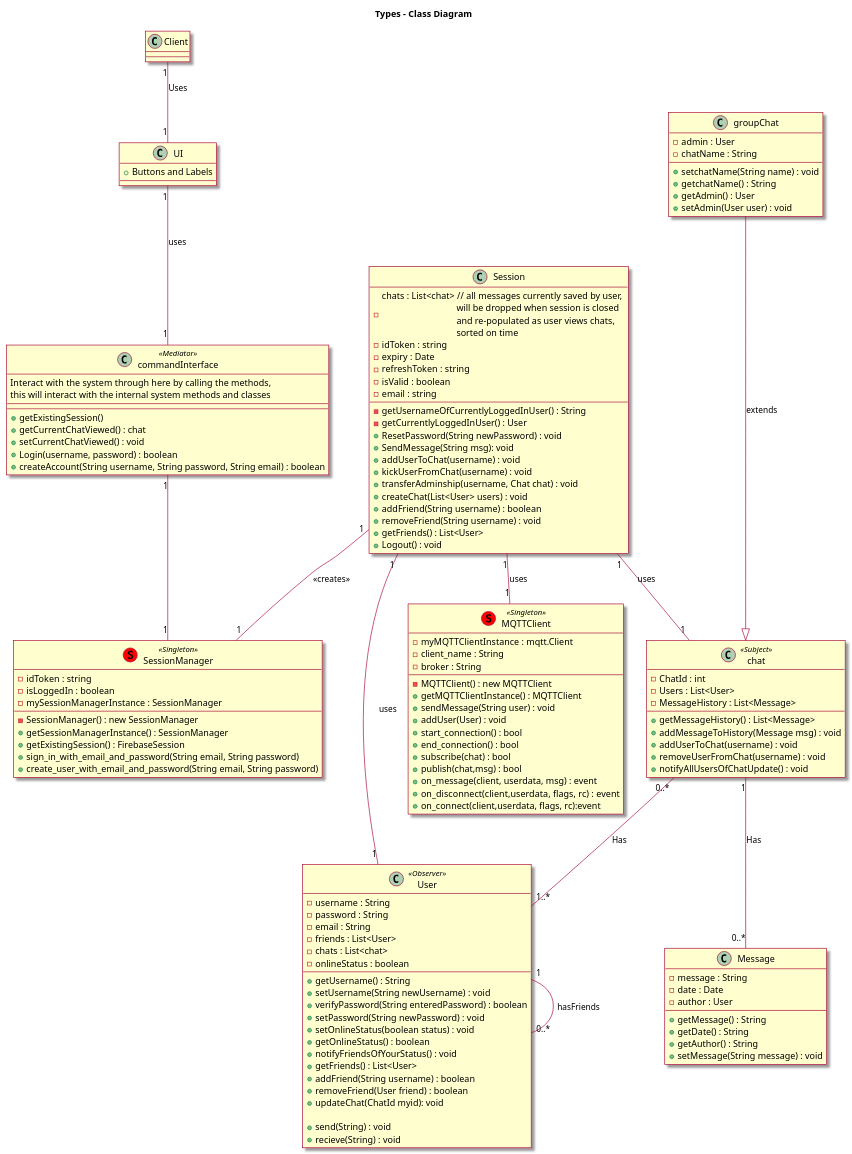
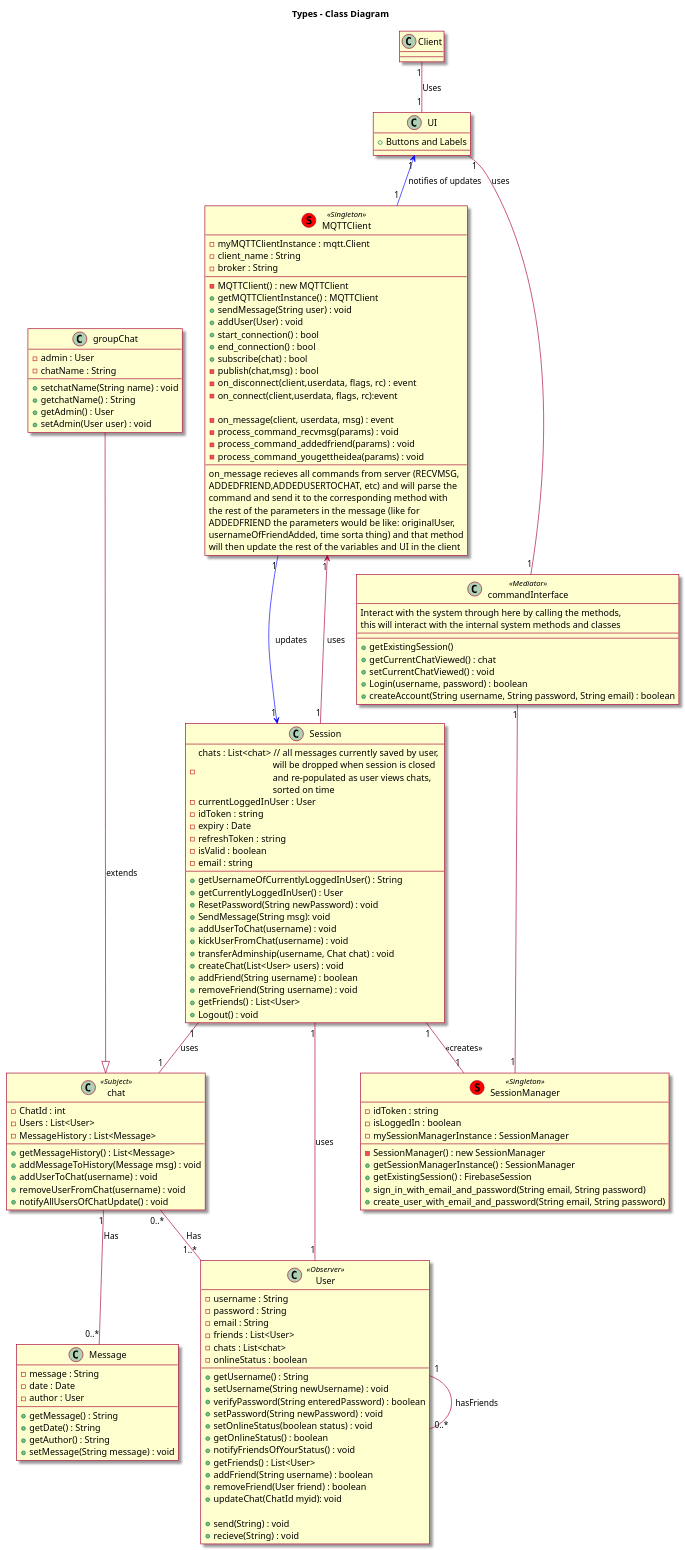
One commit to UBCO-COSC-310-Winter-2022-T2/the-project-marbl changed the diagram in diagrams/class_diagram.wsd. Above: the diagram before and after it, drawn with PlantUML.

Commit message:
added way of updating the rest of the client and UI of a change in the DB

```diff
--- a/diagrams/class_diagram.wsd
+++ b/diagrams/class_diagram.wsd
@@ -1,148 +1,165 @@
 @startuml
 
 skin rose
 
 title Types - Class Diagram
 
 
 skinparam componentStyle uml2
 class Client{}
 Client "1"--"1" UI: Uses
 
 class Message{
     - message : String
     - date : Date
     - author : User
     +getMessage() : String
     +getDate() : String
     +getAuthor() : String
     +setMessage(String message) : void
 }
 
 class User <<Observer>> {
     -username : String
     -password : String
     -email : String
     -friends : List<User>
     -chats : List<chat>
     -onlineStatus : boolean
 
     +getUsername() : String
     +setUsername(String newUsername) : void
     +verifyPassword(String enteredPassword) : boolean
     +setPassword(String newPassword) : void
     +setOnlineStatus(boolean status) : void
     +getOnlineStatus() : boolean
     +notifyFriendsOfYourStatus() : void
     +getFriends() : List<User>
     +addFriend(String username) : boolean
     +removeFriend(User friend) : boolean
     +updateChat(ChatId myid): void
 
     +send(String) : void
     +recieve(String) : void
 }
 
 User "1"--"0..*" User : hasFriends
 
 Class MQTTClient <<(S,red) Singleton>> {
     -myMQTTClientInstance : mqtt.Client 
     -client_name : String
     -broker : String
+    --
     -MQTTClient() : new MQTTClient
     +getMQTTClientInstance() : MQTTClient
     +sendMessage(String user) : void
     +addUser(User) : void
     +start_connection() : bool
     +end_connection() : bool
     +subscribe(chat) : bool
-    +publish(chat,msg) : bool
-    +on_message(client, userdata, msg) : event
-    +on_disconnect(client,userdata, flags, rc)  : event
-    +on_connect(client,userdata, flags, rc):event
+    -publish(chat,msg) : bool
+    -on_disconnect(client,userdata, flags, rc)  : event
+    -on_connect(client,userdata, flags, rc):event
+    
+    -on_message(client, userdata, msg) : event 
+    -process_command_recvmsg(params) : void
+    -process_command_addedfriend(params) : void
+    -process_command_yougettheidea(params) : void
+    --
+    on_message recieves all commands from server (RECVMSG, 
+    ADDEDFRIEND,ADDEDUSERTOCHAT, etc) and will parse the
+    command and send it to the corresponding method with
+    the rest of the parameters in the message (like for
+    ADDEDFRIEND the parameters would be like: originalUser,
+     usernameOfFriendAdded, time sorta thing) and that method
+     will then update the rest of the variables and UI in the client 
 }
 
+MQTTClient "1" -[#blue]-> "1" Session : updates
+UI "1" <-[#blue]- "1" MQTTClient : notifies of updates
 
 Class groupChat {
     -admin : User
     -chatName : String
     +setchatName(String name) : void
     +getchatName() : String
     +getAdmin() : User
     +setAdmin(User user) : void
 }
 
 Class chat <<Subject>> {
     -ChatId : int
     -Users : List<User>
     -MessageHistory : List<Message>
     +getMessageHistory() : List<Message>
     +addMessageToHistory(Message msg) : void
     +addUserToChat(username) : void
     +removeUserFromChat(username) : void
     +notifyAllUsersOfChatUpdate() : void
 }
 
 chat "0..*" -- "1..*" User : Has
 
 chat "1" -- "0..*" Message : Has
 
 groupChat---|> chat : extends
 
 class commandInterface <<Mediator>> {
     Interact with the system through here by calling the methods,
     this will interact with the internal system methods and classes
     --
     --
     +getExistingSession()
     +getCurrentChatViewed() : chat
     +setCurrentChatViewed() : void
     +Login(username, password) : boolean
     +createAccount(String username, String password, String email) : boolean
 }
 
 Session "1" -- "1" User : uses
 Session "1" -- "1" chat: uses
 
 class UI {
     +Buttons and Labels
 }
 
 class Session{
     -chats : List<chat> // all messages currently saved by user, \n\t\t\t\twill be dropped when session is closed\n\t\t\t\tand re-populated as user views chats, \n\t\t\t\tsorted on time
+    -currentLoggedInUser : User
     -idToken : string
     -expiry : Date
     -refreshToken : string
     -isValid : boolean
     -email : string
-    -getUsernameOfCurrentlyLoggedInUser() : String
-    -getCurrentlyLoggedInUser() : User
+    +getUsernameOfCurrentlyLoggedInUser() : String
+    +getCurrentlyLoggedInUser() : User
     +ResetPassword(String newPassword) : void
     +SendMessage(String msg): void
     +addUserToChat(username) : void
     +kickUserFromChat(username) : void
     +transferAdminship(username, Chat chat) : void
     +createChat(List<User> users) : void
     +addFriend(String username) : boolean
     +removeFriend(String username) : void
     +getFriends() : List<User>
     +Logout() : void
 }
 
 class SessionManager <<(S,red) Singleton>>{
     -idToken : string
     -isLoggedIn : boolean
     -mySessionManagerInstance : SessionManager
     -SessionManager() : new SessionManager
     +getSessionManagerInstance() : SessionManager
     +getExistingSession() : FirebaseSession
     +sign_in_with_email_and_password(String email, String password)
     +create_user_with_email_and_password(String email, String password)
 }
 
-Session "1" -- "1" MQTTClient : uses
+
+Session "1" --> "1" MQTTClient : uses
 Session "1" -- "1" SessionManager : <<creates>>
 UI "1" -- "1" commandInterface : uses
 commandInterface "1" -- "1" SessionManager
 
 @enduml
```
